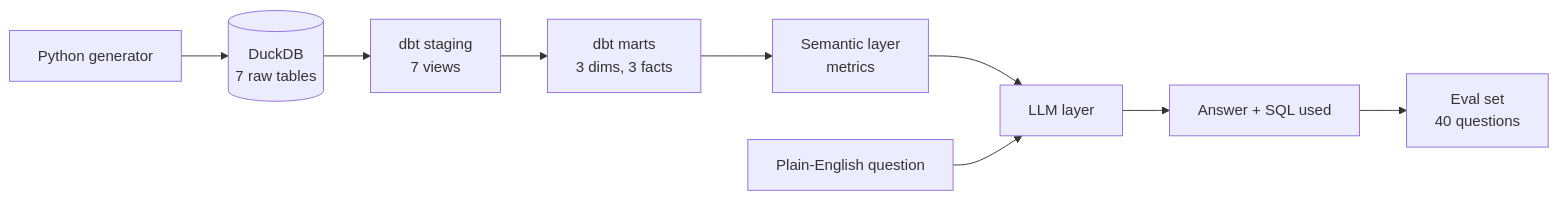
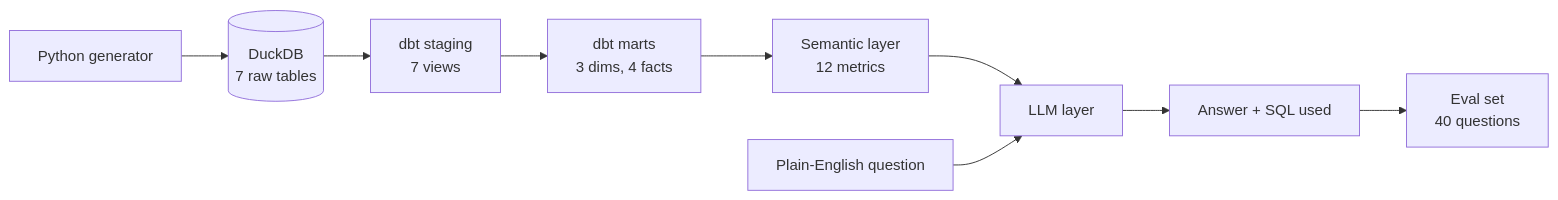
The diagram in README.md (easternmotionfl-web/ironwood-fitness-analytics), drawn with Mermaid before and after one commit. The commit also changed other lines of this file, not shown here.

Commit message:
Update README: semantic layer done, LLM layer in progress

````diff
--- a/README.md
+++ b/README.md
@@ -9,11 +9,11 @@
 ```mermaid
 flowchart LR
     A[Python generator] --> B[(DuckDB<br/>7 raw tables)]
     B --> C[dbt staging<br/>7 views]
-    C --> D[dbt marts<br/>3 dims, 3 facts]
-    D --> E[Semantic layer<br/>metrics]
+    C --> D[dbt marts<br/>3 dims, 4 facts]
+    D --> E[Semantic layer<br/>12 metrics]
     E --> F[LLM layer]
     Q[Plain-English question] --> F
     F --> G[Answer + SQL used]
     G --> H[Eval set<br/>40 questions]
 ```
````
